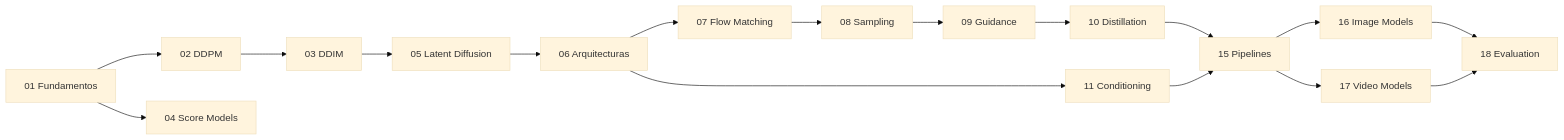
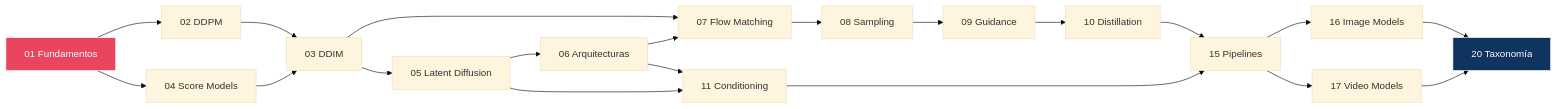
One commit to DavidDevGt/DifusionReal changed the diagram in README.md. Above: the diagram before and after it, drawn with Mermaid (base theme). The commit also changed other lines of this file and 1 other file, not shown here.

````diff
--- a/README.md
+++ b/README.md
@@ -53,19 +62,25 @@
 ```mermaid
 graph LR
     A[01 Fundamentos] --> B[02 DDPM]
     B --> C[03 DDIM]
     A --> D[04 Score Models]
+    D --> C
     C --> E[05 Latent Diffusion]
     E --> F[06 Arquitecturas]
-    F --> G[07 Flow Matching]
+    C --> G[07 Flow Matching]
+    F --> G
     G --> H[08 Sampling]
     H --> I[09 Guidance]
     I --> J[10 Distillation]
     F --> K[11 Conditioning]
+    E --> K
     J --> L[15 Pipelines]
+    K --> L
     L --> M[16 Image Models]
     L --> N[17 Video Models]
-    M --> O[18 Evaluation]
+    M --> O[20 Taxonomía]
     N --> O
-    K --> L
+
+    style A fill:#e94560,stroke:#fff,color:#fff
+    style O fill:#0f3460,stroke:#fff,color:#fff
 ```
````
